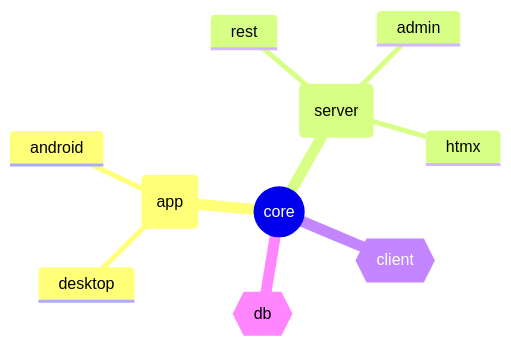
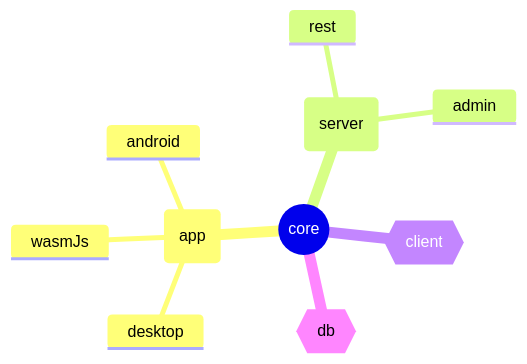
One commit to ktorio/ktor-chat changed the diagram in README.md. Above: the diagram before and after it, drawn with Mermaid. The commit also changed other lines of this file and 1 other file, not shown here.

````diff
--- a/README.md
+++ b/README.md
@@ -31,13 +32,13 @@
 ```mermaid
 mindmap
   root((core))
     id(app)
       desktop
+      wasmJs
       android
     id(server)
       rest
-      htmx
       admin
     id{{client}}
     id{{db}}
 ```
````
